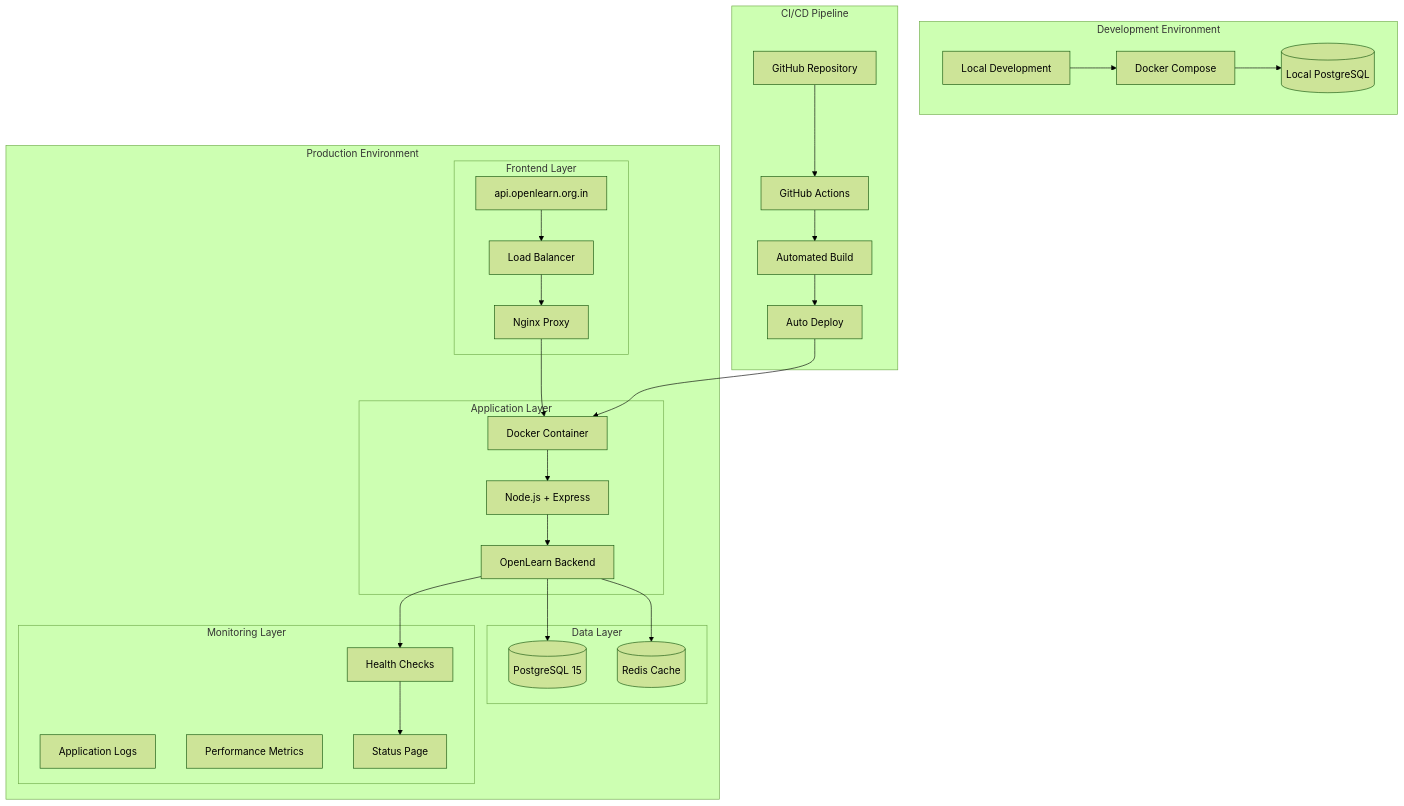
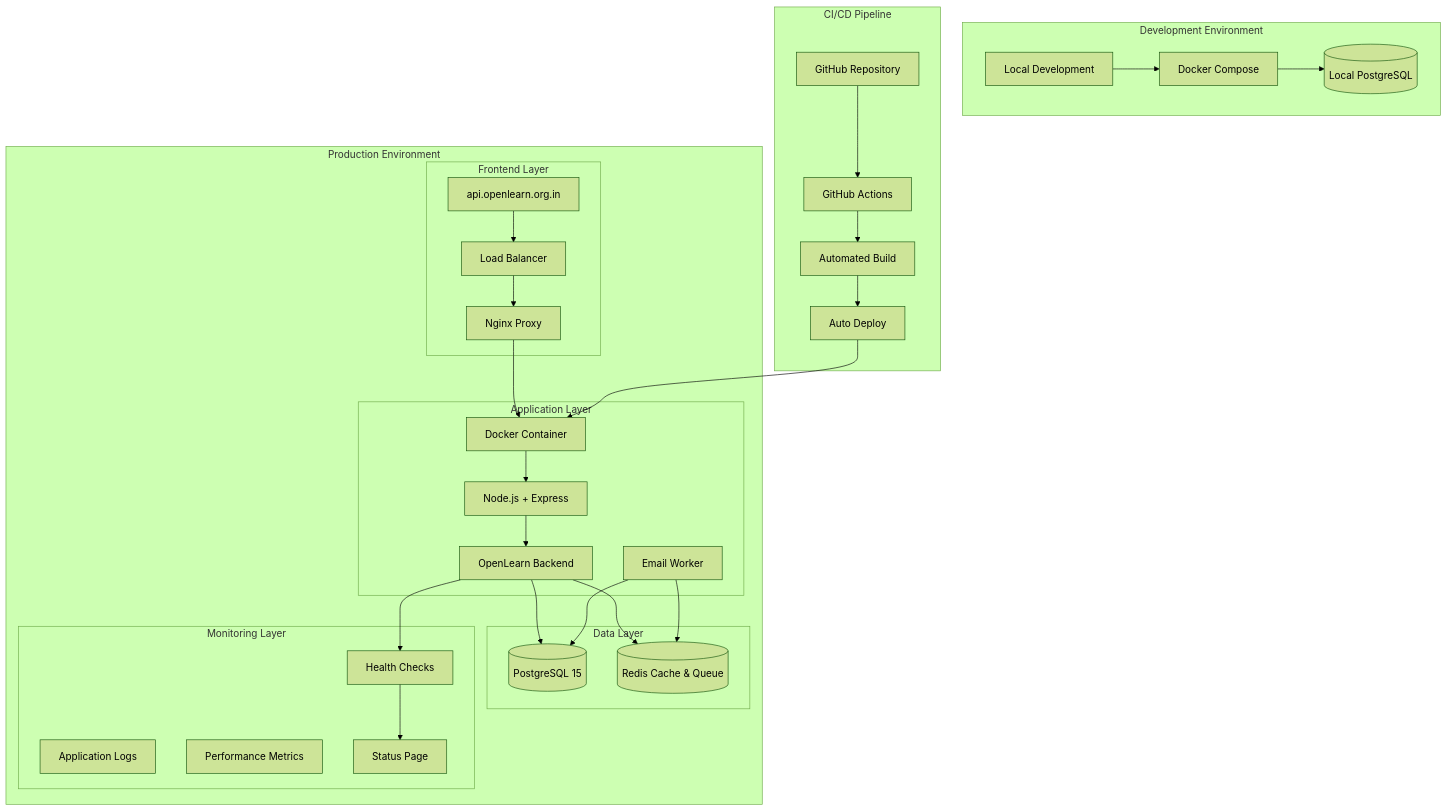
Before and after one commit to openlearnnitj/openlearn-backend: the fifth of 9 diagrams in README.md, drawn with Mermaid (forest theme). The commit also changed other lines of this file and 5 other files, not shown here.

````diff
--- a/README.md
+++ b/README.md
@@ -411,59 +412,62 @@
 ```mermaid
 graph TB
     subgraph "Production Environment"
         subgraph "Frontend Layer"
             DOMAIN[api.openlearn.org.in]
             LB[Load Balancer]
             NGINX[Nginx Proxy]
         end
         
         subgraph "Application Layer"
             DOCKER[Docker Container]
             NODE[Node.js + Express]
             APP[OpenLearn Backend]
+            WORKER[Email Worker]
         end
         
         subgraph "Data Layer"
             PG[(PostgreSQL 15)]
-            REDIS[(Redis Cache)]
+            REDIS[(Redis Cache & Queue)]
         end
         
         subgraph "Monitoring Layer"
             HEALTH[Health Checks]
             LOGS[Application Logs]
             METRICS[Performance Metrics]
             STATUS[Status Page]
         end
     end
     
     subgraph "Development Environment"
         LOCAL[Local Development]
         COMPOSE[Docker Compose]
         DEV_DB[(Local PostgreSQL)]
     end
     
     subgraph "CI/CD Pipeline"
         GITHUB[GitHub Repository]
         ACTIONS[GitHub Actions]
         BUILD[Automated Build]
         DEPLOY[Auto Deploy]
     end
     
     DOMAIN --> LB
     LB --> NGINX
     NGINX --> DOCKER
     DOCKER --> NODE
     NODE --> APP
     APP --> PG
     APP --> REDIS
     APP --> HEALTH
+    WORKER --> REDIS
+    WORKER --> PG
     HEALTH --> STATUS
     
     LOCAL --> COMPOSE
     COMPOSE --> DEV_DB
     
     GITHUB --> ACTIONS
     ACTIONS --> BUILD
     BUILD --> DEPLOY
     DEPLOY --> DOCKER
 ```
````
